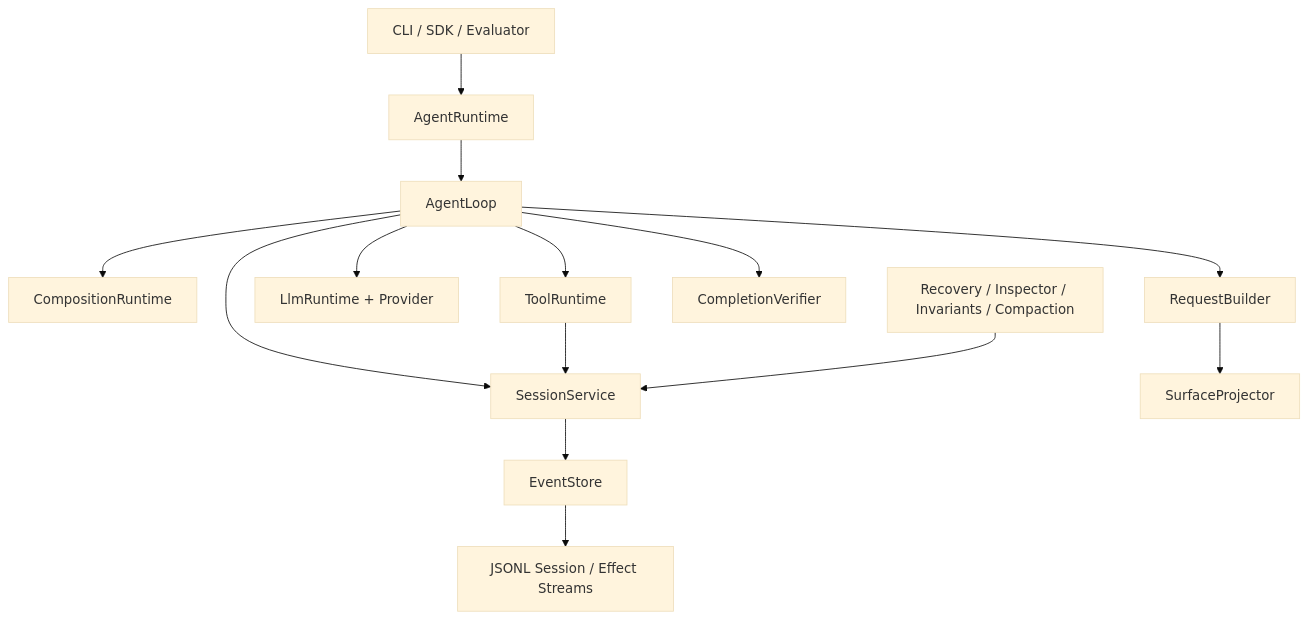
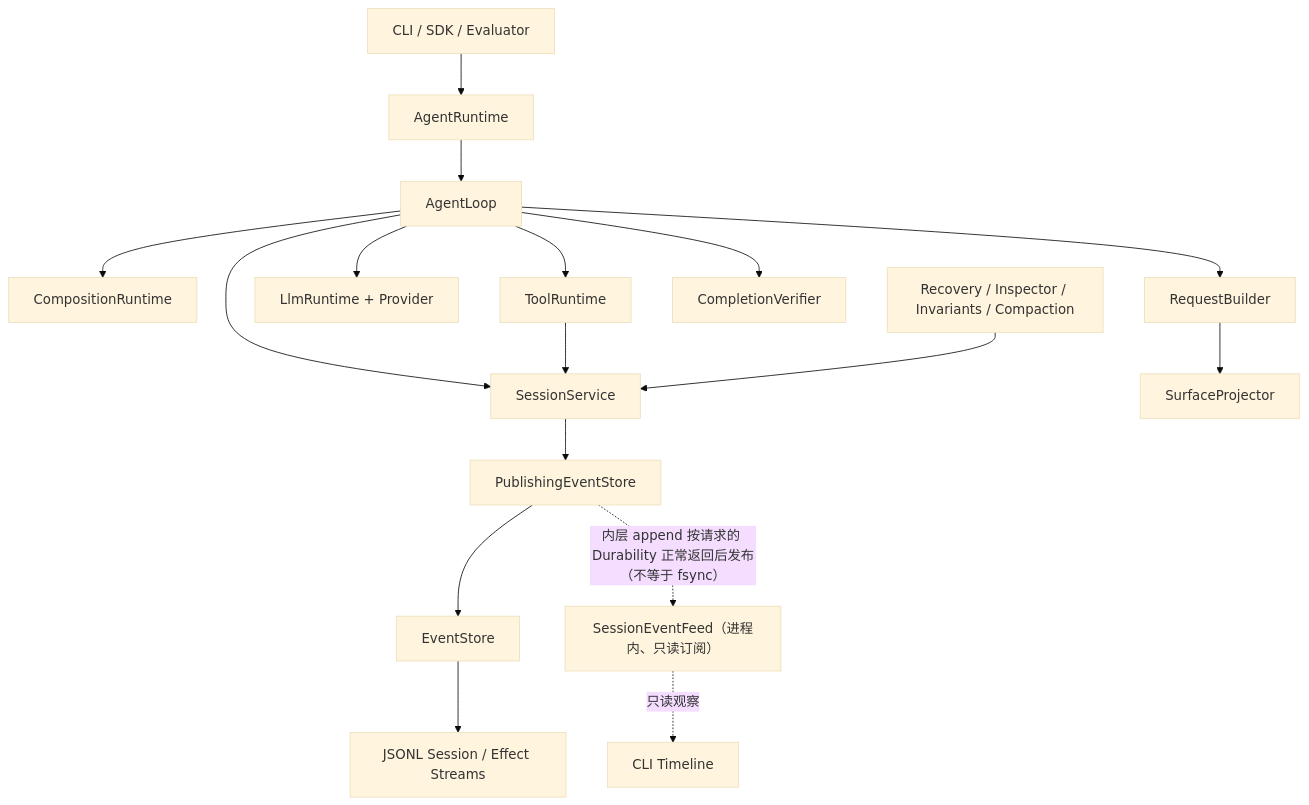
One commit to uboyme/traceHarness changed the first of 8 diagrams in docs/note/project-context.md. Above: the diagram before and after it, drawn with Mermaid (base theme). The commit also changed other lines of this file and 14 other files, not shown here.

First line of the commit message:
feat: add live chat event timeline

````diff
--- a/docs/note/project-context.md
+++ b/docs/note/project-context.md
@@ -125,16 +125,19 @@
 ```mermaid
 flowchart TD
     CLI["CLI / SDK / Evaluator"] --> AR["AgentRuntime"]
     AR --> AL["AgentLoop"]
     AL --> CR["CompositionRuntime"]
     AL --> RB["RequestBuilder"]
     AL --> LR["LlmRuntime + Provider"]
     AL --> TR["ToolRuntime"]
     AL --> CV["CompletionVerifier"]
     AL --> SS["SessionService"]
     RB --> SP["SurfaceProjector"]
     TR --> SS
-    SS --> ES["EventStore"]
+    SS --> PS["PublishingEventStore"]
+    PS --> ES["EventStore"]
     ES --> JL["JSONL Session / Effect Streams"]
+    PS -. "内层 append 按请求的 Durability 正常返回后发布（不等于 fsync）" .-> FEED["SessionEventFeed（进程内、只读订阅）"]
+    FEED -. "只读观察" .-> UI["CLI Timeline"]
     REC["Recovery / Inspector / Invariants / Compaction"] --> SS
 ```
````
